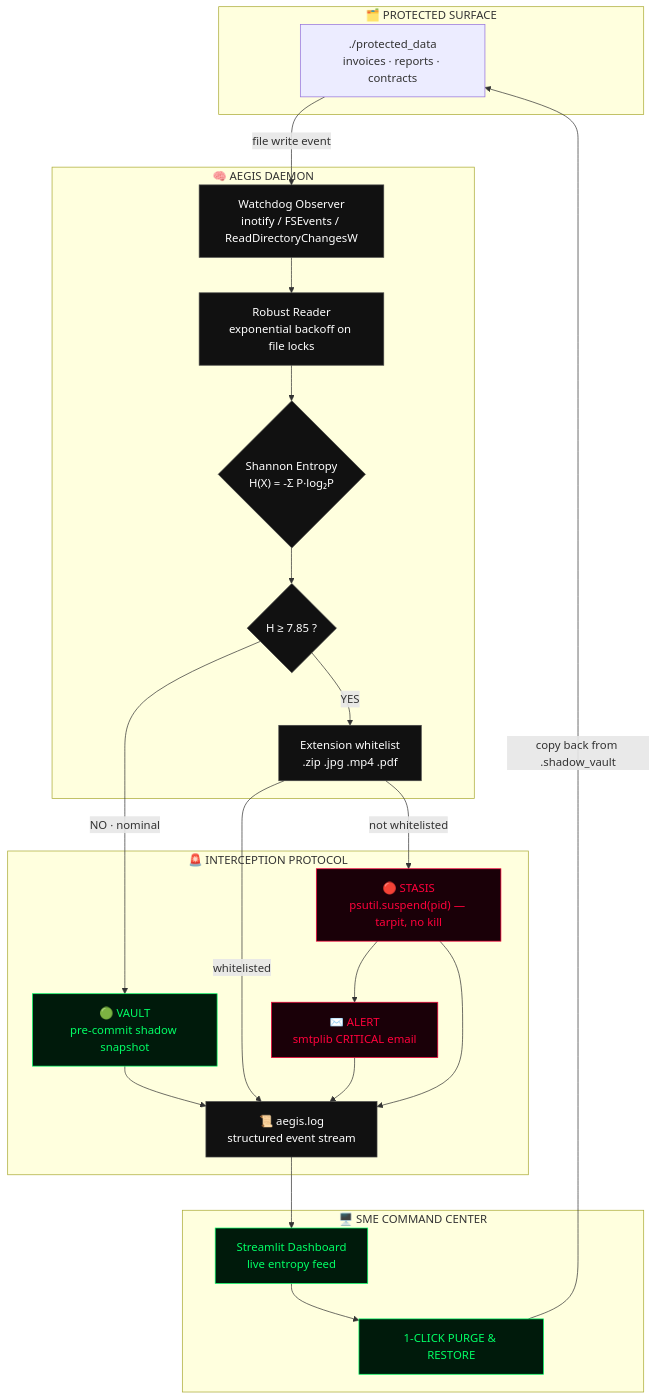
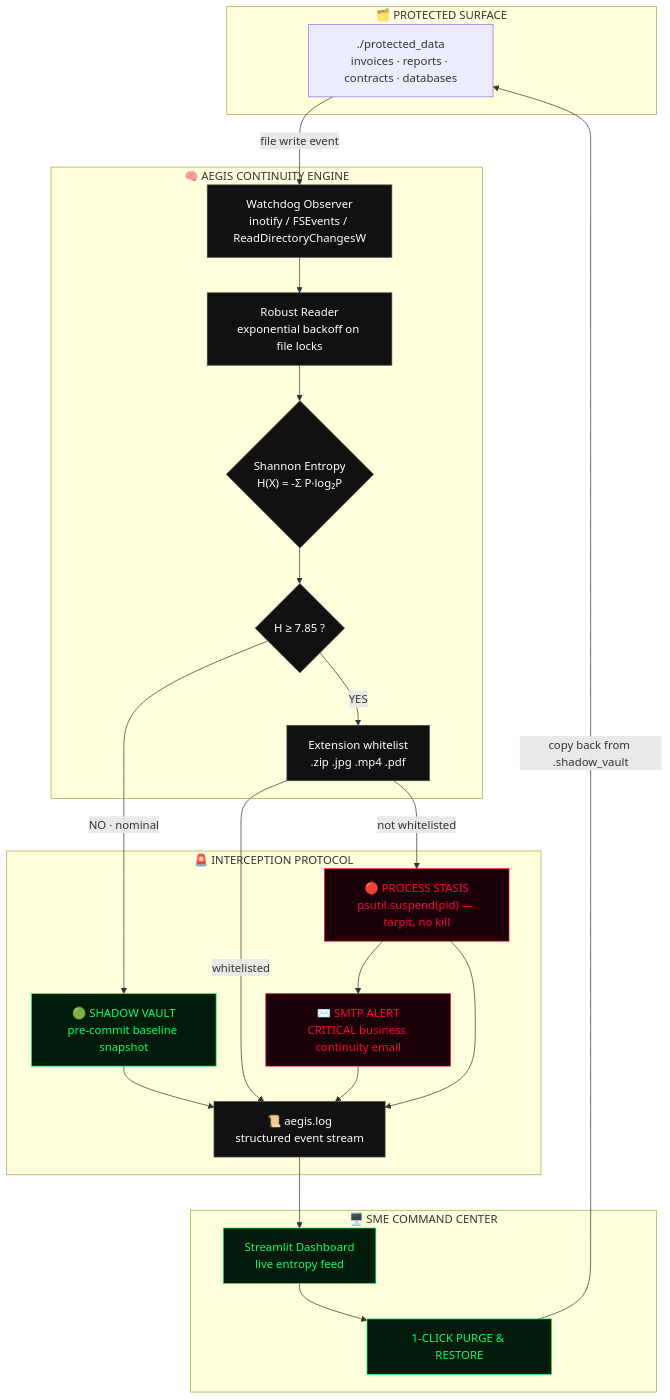
One commit to vignesh06-OG/aegis-guard changed the diagram in Project_Aegis/README.md. Above: the diagram before and after it, drawn with Mermaid. The commit also changed other lines of this file, not shown here.

````diff
--- a/Project_Aegis/README.md
+++ b/Project_Aegis/README.md
@@ -78,46 +83,46 @@
 ```mermaid
 flowchart TD
     subgraph DISK["🗂️  PROTECTED SURFACE"]
-        A["./protected_data<br/>invoices · reports · contracts"]
+        A["./protected_data<br/>invoices · reports · contracts · databases"]
     end
 
-    subgraph ENGINE["🧠  AEGIS DAEMON"]
+    subgraph ENGINE["🧠  AEGIS CONTINUITY ENGINE"]
         B["Watchdog Observer<br/>inotify / FSEvents / ReadDirectoryChangesW"]
         C["Robust Reader<br/>exponential backoff on file locks"]
         D{"Shannon Entropy<br/>H(X) = -Σ P·log₂P"}
         E{"H ≥ 7.85 ?"}
         W["Extension whitelist<br/>.zip .jpg .mp4 .pdf"]
     end
 
     subgraph RESPONSE["🚨  INTERCEPTION PROTOCOL"]
-        F["🟢 VAULT<br/>pre-commit shadow snapshot"]
-        G["🔴 STASIS<br/>psutil.suspend(pid) — tarpit, no kill"]
-        H["✉️ ALERT<br/>smtplib CRITICAL email"]
+        F["🟢 SHADOW VAULT<br/>pre-commit baseline snapshot"]
+        G["🔴 PROCESS STASIS<br/>psutil.suspend(pid) — tarpit, no kill"]
+        H["✉️ SMTP ALERT<br/>CRITICAL business continuity email"]
         I["📜 aegis.log<br/>structured event stream"]
     end
 
     subgraph UI["🖥️  SME COMMAND CENTER"]
         J["Streamlit Dashboard<br/>live entropy feed"]
         K["1-CLICK PURGE & RESTORE"]
     end
 
     A -->|"file write event"| B --> C --> D --> E
     E -->|"NO · nominal"| F
     E -->|"YES"| W
     W -->|"whitelisted"| I
     W -->|"not whitelisted"| G
     G --> H
     F --> I
     G --> I
     H --> I
     I --> J
     J --> K
     K -->|"copy back from .shadow_vault"| A
 
     classDef safe fill:#001a0b,stroke:#00ff66,color:#00ff66
     classDef bad  fill:#1a0008,stroke:#ff003c,color:#ff003c
     classDef core fill:#111111,stroke:#444444,color:#ffffff
     class F,J,K safe
     class G,H bad
     class B,C,D,E,W,I core
 ```
````
